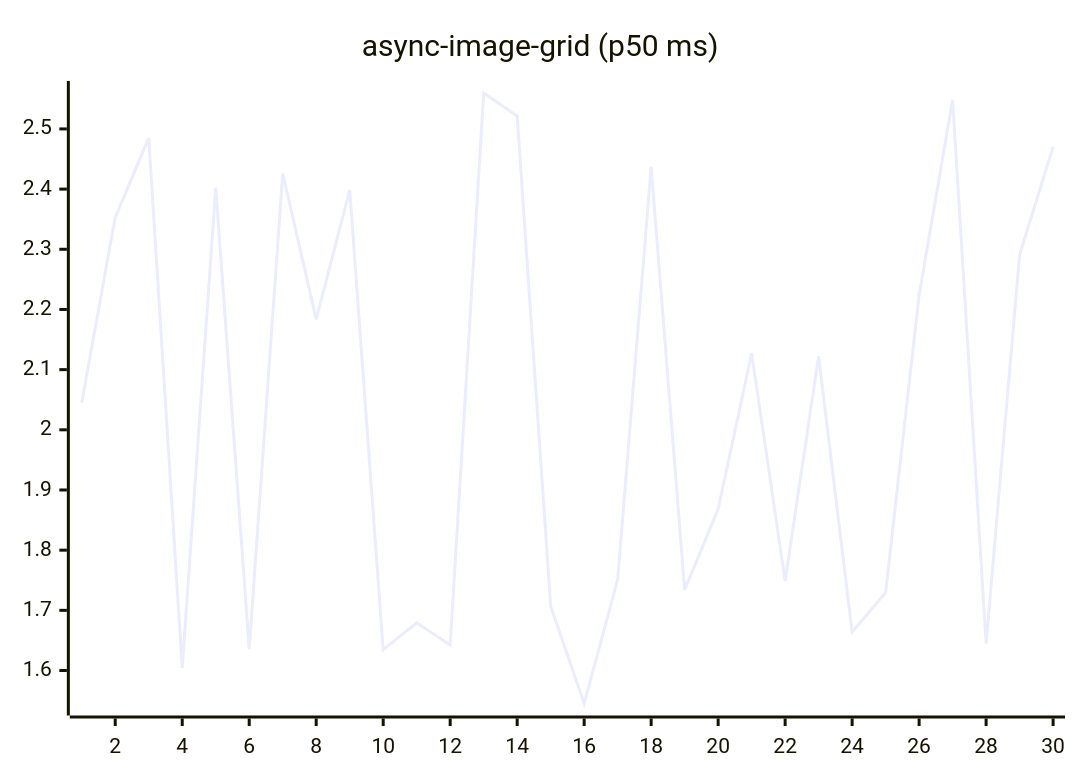
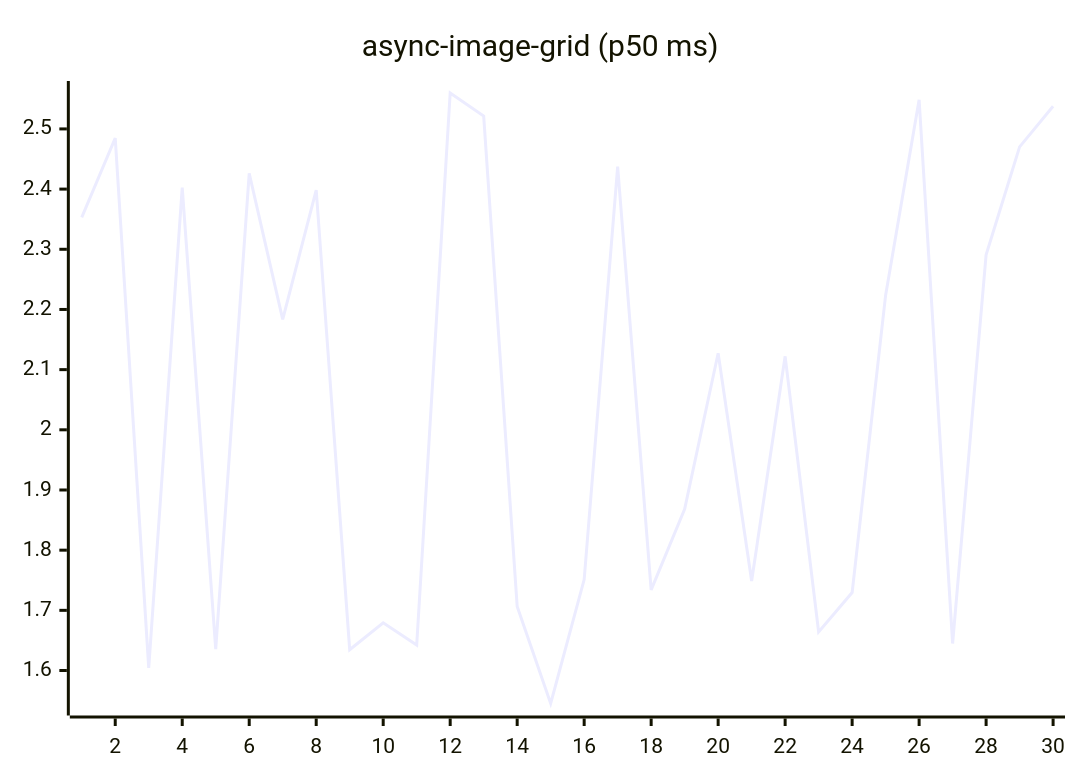
Before and after one commit to josha/Facet: the fifth of 27 diagrams in README.md, drawn with Mermaid. The commit also changed other lines of this file and 2 other files, not shown here.

````diff
--- a/README.md
+++ b/README.md
@@ -91,6 +91,6 @@
 ```mermaid
 xychart-beta
     title "async-image-grid (p50 ms)"
     x-axis 1 --> 30
-    line [2.0452, 2.3531, 2.4847, 1.6045, 2.4025, 1.6357, 2.4260, 2.1835, 2.3985, 1.6346, 1.6792, 1.6424, 2.5597, 2.5214, 1.7066, 1.5452, 1.7512, 2.4372, 1.7341, 1.8684, 2.1272, 1.7487, 2.1221, 1.6642, 1.7295, 2.2238, 2.5483, 1.6449, 2.2910, 2.4702]
+    line [2.3531, 2.4847, 1.6045, 2.4025, 1.6357, 2.4260, 2.1835, 2.3985, 1.6346, 1.6792, 1.6424, 2.5597, 2.5214, 1.7066, 1.5452, 1.7512, 2.4372, 1.7341, 1.8684, 2.1272, 1.7487, 2.1221, 1.6642, 1.7295, 2.2238, 2.5483, 1.6449, 2.2910, 2.4702, 2.5376]
 ```
````
